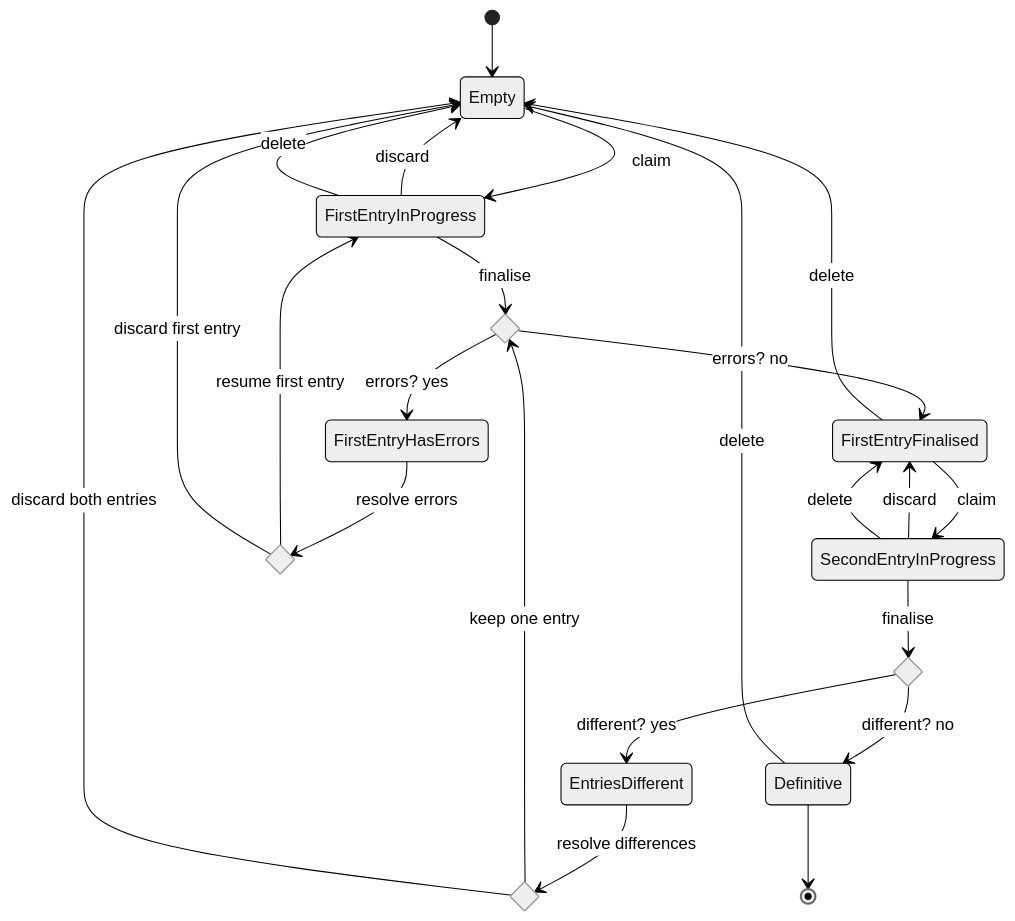
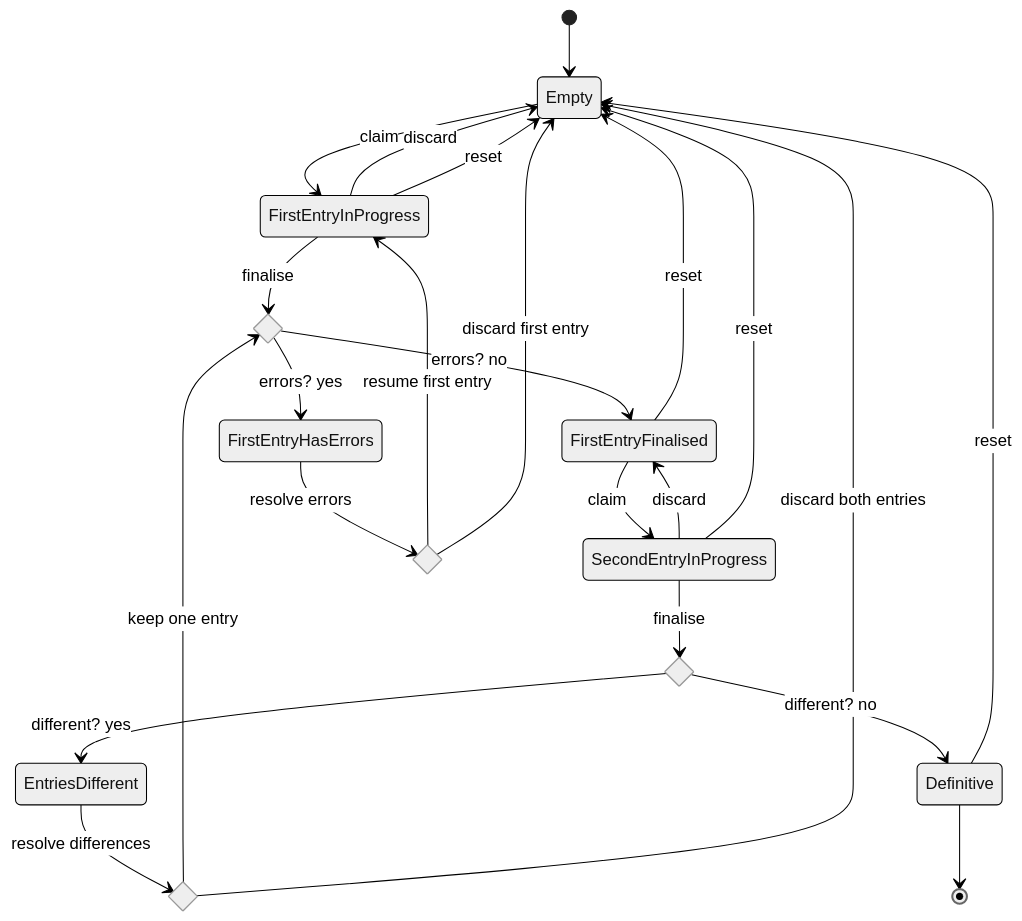
One commit to kiesraad/abacus changed the diagram in documentatie/state-machines/data-entry-state.md. Above: the diagram before and after it, drawn with Mermaid (neutral theme). The commit also changed other lines of this file, not shown here.

Commit message:
Clarify discard and reset in data entry state doc (#3653)

````diff
--- a/documentatie/state-machines/data-entry-state.md
+++ b/documentatie/state-machines/data-entry-state.md
@@ -7,38 +11,38 @@
 ```mermaid
 stateDiagram-v2
   [*] --> Empty
   Empty --> FirstEntryInProgress: claim
   %% FirstEntryInProgress --> FirstEntryInProgress: save
 
   state first_has_errors <<choice>>
   FirstEntryInProgress --> first_has_errors: finalise
   FirstEntryInProgress --> Empty: discard
   
   first_has_errors --> FirstEntryFinalised: errors? no
   first_has_errors --> FirstEntryHasErrors: errors? yes
 
   FirstEntryFinalised --> SecondEntryInProgress: claim
   %% SecondEntryInProgress --> SecondEntryInProgress: save
   SecondEntryInProgress --> FirstEntryFinalised: discard
 
   state first_resolve_errors <<choice>>
   FirstEntryHasErrors --> first_resolve_errors: resolve errors
   first_resolve_errors --> FirstEntryInProgress: resume first entry
   first_resolve_errors --> Empty: discard first entry
   
   state is_different <<choice>>
   SecondEntryInProgress --> is_different: finalise
   is_different --> EntriesDifferent: different? yes
   is_different --> Definitive: different? no
   
   state resolve <<choice>>
   EntriesDifferent --> resolve: resolve differences
   resolve --> first_has_errors: keep one entry
   resolve --> Empty: discard both entries
-  FirstEntryInProgress --> Empty: delete
-  FirstEntryFinalised --> Empty: delete
-  SecondEntryInProgress --> FirstEntryFinalised: delete
-  Definitive --> Empty: delete
+  FirstEntryInProgress --> Empty: reset
+  FirstEntryFinalised --> Empty: reset
+  SecondEntryInProgress --> Empty: reset
+  Definitive --> Empty: reset
 
   Definitive --> [*]
 ```
````
